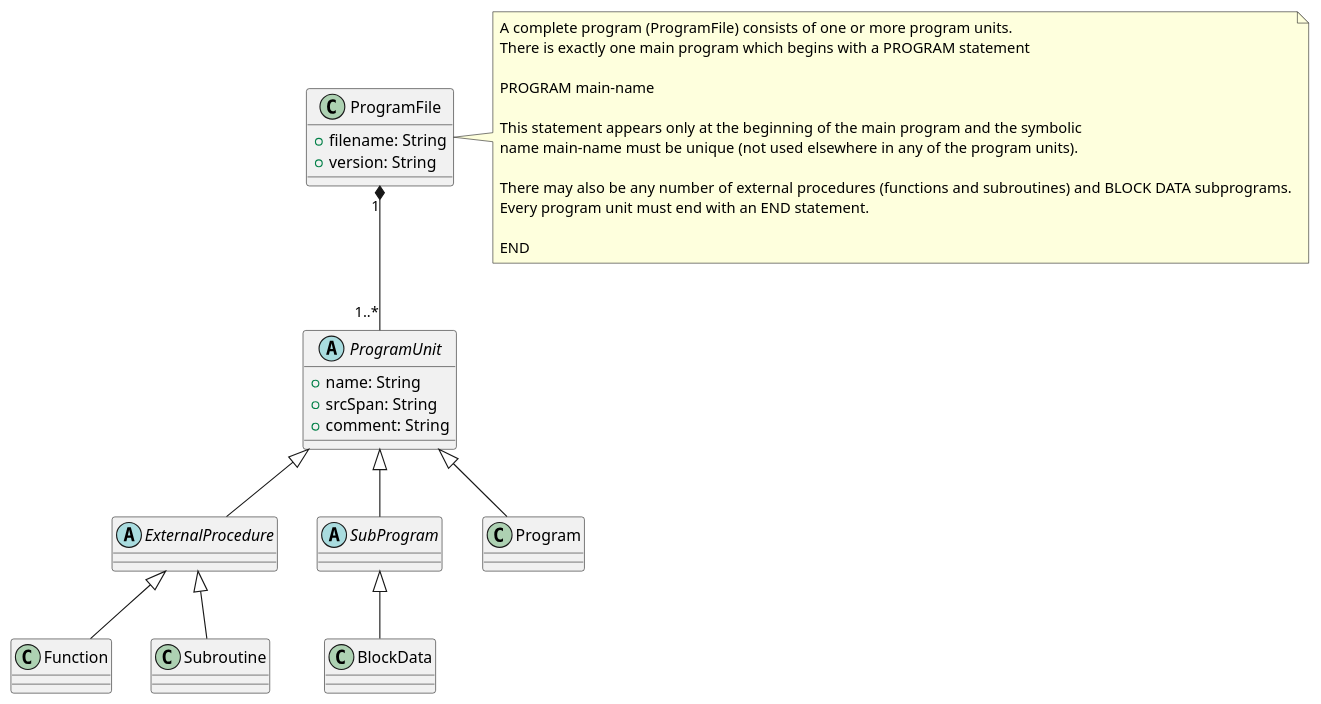
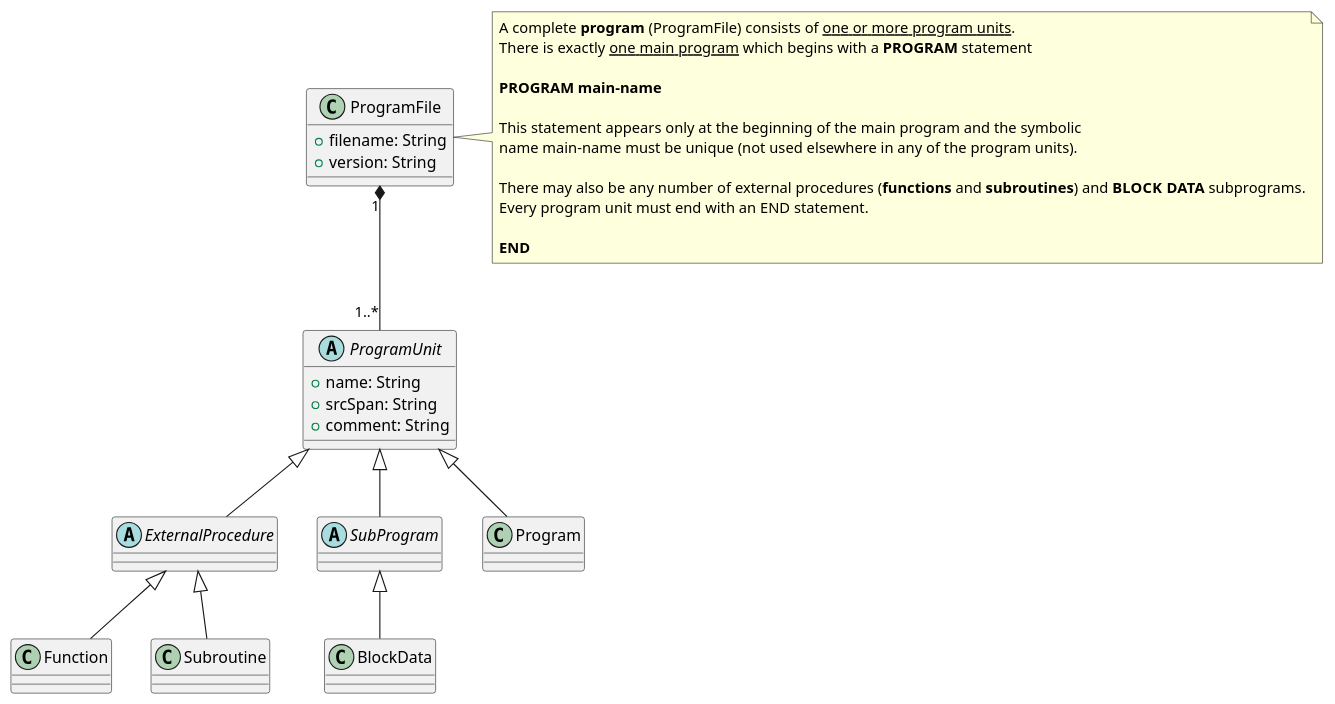
Before and after one commit to uNouss/FamixFortranUML: the diagram in diagram.puml, drawn with PlantUML. The commit also changed 1 other file, not shown here.

```diff
--- a/diagram.puml
+++ b/diagram.puml
@@ -1,46 +1,46 @@
 @startuml famixFortran
 ' defineClass
 class ProgramFile{
     + filename: String
     + version: String
 }
 
 abstract class ProgramUnit{
     + name: String
     + srcSpan: String
     + comment: String
 }
 
 
 abstract class ExternalProcedure{
 }
 
 abstract class SubProgram{
 }
 
 class Program{
 }
 
 class Function{
 }
 
 class Subroutine{
 }
 
 class BlockData{
 }
 
 ' defineHierarchy
 ProgramFile "1" *-- "1..*" ProgramUnit
 
 ProgramUnit <|-- Program
 ProgramUnit <|-- SubProgram
 ProgramUnit <|-- ExternalProcedure
 ExternalProcedure <|-- Function
 ExternalProcedure <|-- Subroutine
 SubProgram <|-- BlockData
 
 ' defineComment
-note right of ProgramFile: A complete program (ProgramFile) consists of one or more program units.\nThere is exactly one main program which begins with a PROGRAM statement\n\nPROGRAM main-name\n\nThis statement appears only at the beginning of the main program and the symbolic\nname main-name must be unique (not used elsewhere in any of the program units).\n\nThere may also be any number of external procedures (functions and subroutines) and BLOCK DATA subprograms.\nEvery program unit must end with an END statement.\n\nEND
+note right of ProgramFile: A complete <b>program</b> (ProgramFile) consists of <u>one or more program units</u>.\nThere is exactly <u>one main program</u> which begins with a <b>PROGRAM</b> statement\n\n<b>PROGRAM main-name</b>\n\nThis statement appears only at the beginning of the main program and the symbolic\nname main-name must be unique (not used elsewhere in any of the program units).\n\nThere may also be any number of external procedures (<b>functions</b> and <b>subroutines</b>) and <b>BLOCK DATA</b> subprograms.\nEvery program unit must end with an END statement.\n\n<b>END</b>
 
 @enduml
```
